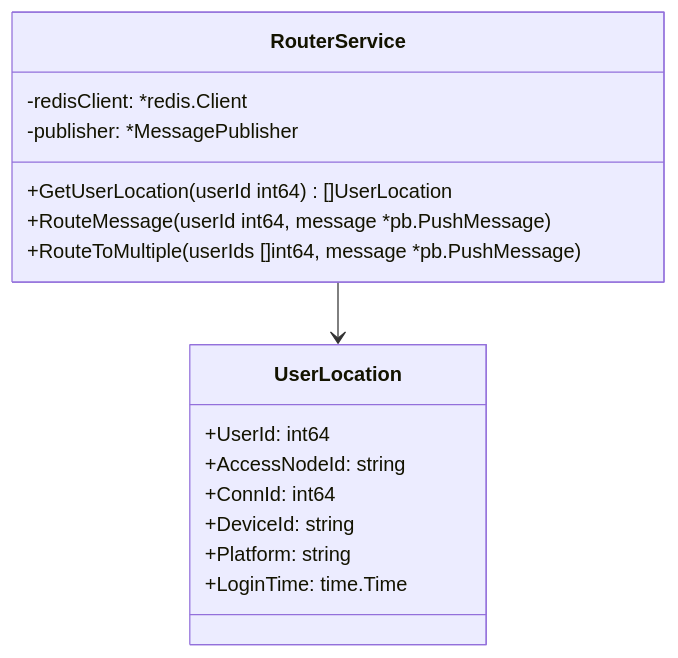
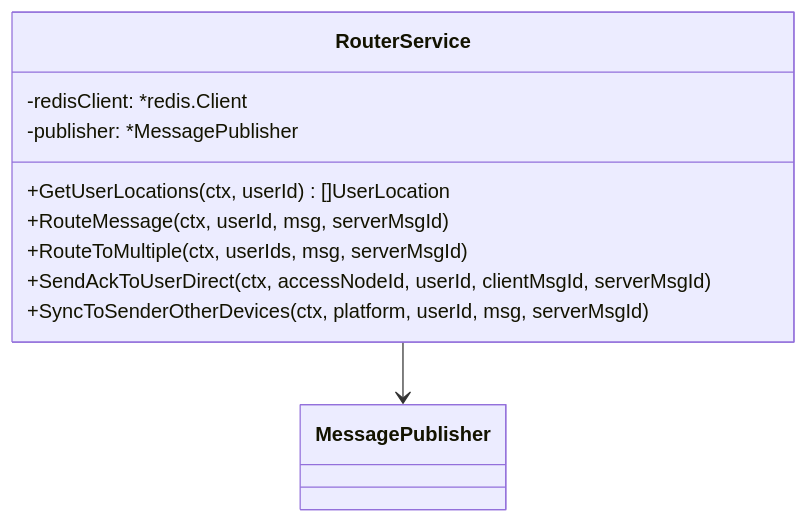
The fifth of 9 diagrams in docs/logic-layer-architecture.md (zhwillwintheworld/im-go), drawn with Mermaid before and after one commit. The commit also changed other lines of this file and 9 other files, not shown here.

Commit message:
refactor: 移除 `UserService` 依赖，新增共享错误处理、JWT 和会话服务测试，并更新相关架构文档。 antigravityrules已生效, v4

````diff
--- a/docs/logic-layer-architecture.md
+++ b/docs/logic-layer-architecture.md
@@ -184,21 +209,14 @@
 ```mermaid
 classDiagram
     class RouterService {
         -redisClient: *redis.Client
         -publisher: *MessagePublisher
-        +GetUserLocation(userId int64) []UserLocation
-        +RouteMessage(userId int64, message *pb.PushMessage)
-        +RouteToMultiple(userIds []int64, message *pb.PushMessage)
+        +GetUserLocations(ctx, userId) []UserLocation
+        +RouteMessage(ctx, userId, msg, serverMsgId)
+        +RouteToMultiple(ctx, userIds, msg, serverMsgId)
+        +SendAckToUserDirect(ctx, accessNodeId, userId, clientMsgId, serverMsgId)
+        +SyncToSenderOtherDevices(ctx, platform, userId, msg, serverMsgId)
     }
 
-    class UserLocation {
-        +UserId: int64
-        +AccessNodeId: string
-        +ConnId: int64
-        +DeviceId: string
-        +Platform: string
-        +LoginTime: time.Time
-    }
-
-    RouterService --> UserLocation
+    RouterService --> MessagePublisher
 ```
````
